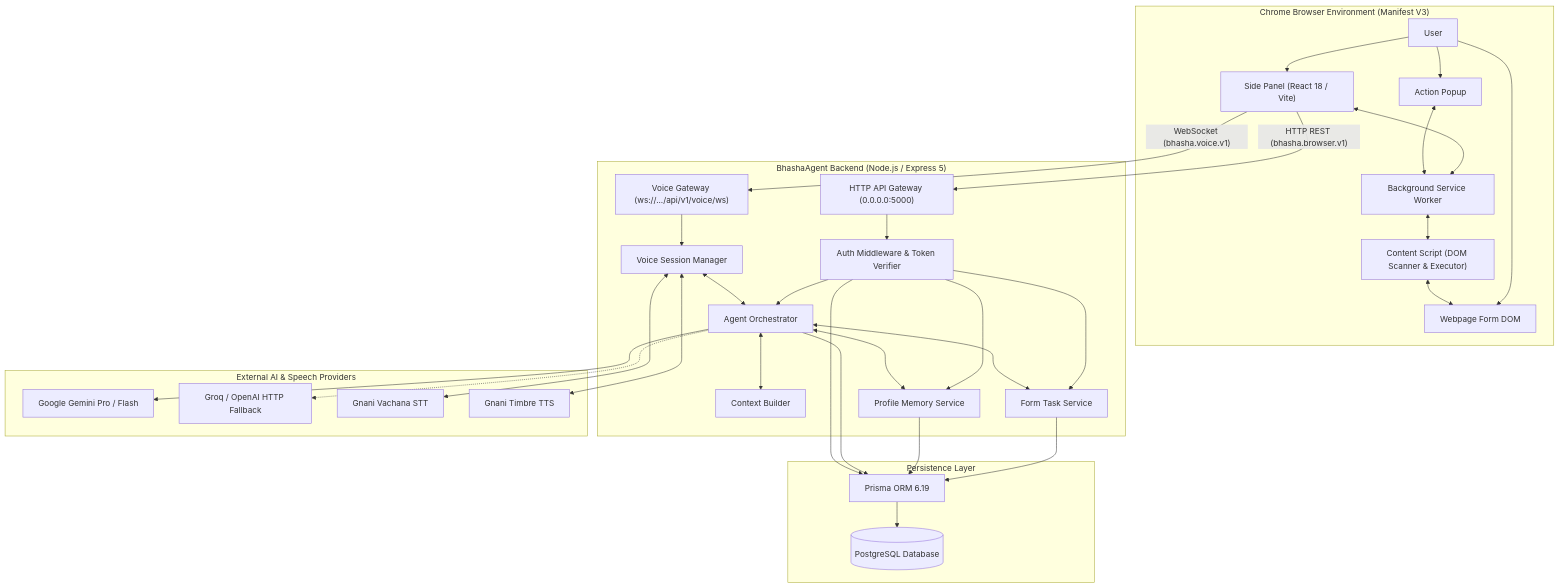
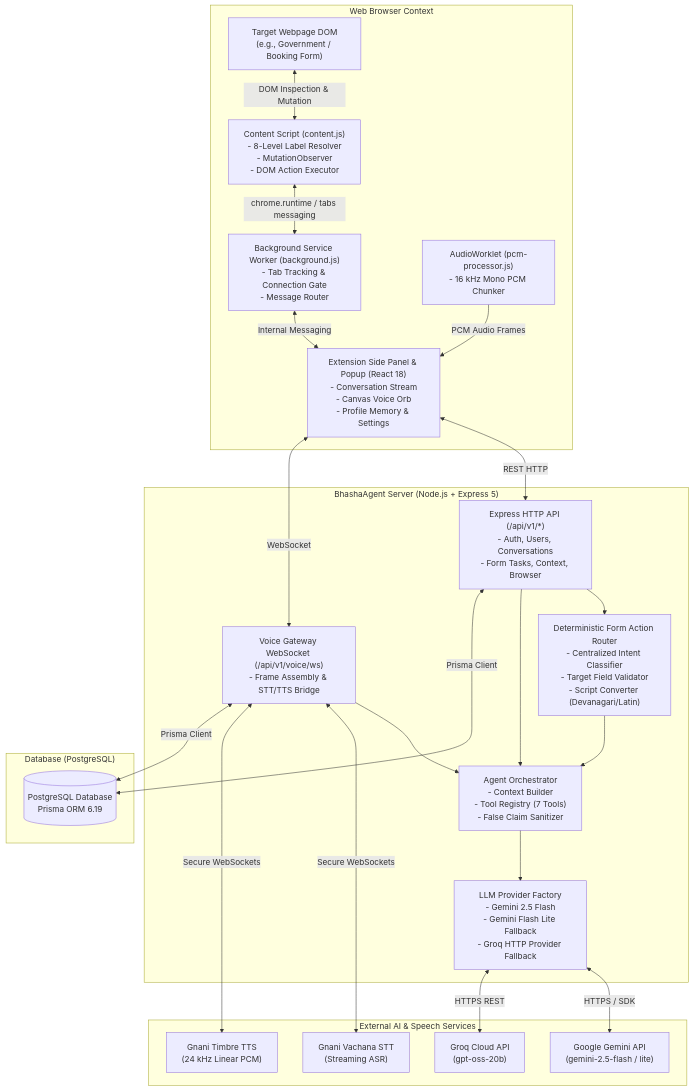
Before and after one commit to adarshhh25/BhashaAgent: the first of 2 diagrams in README.md, drawn with Mermaid. The commit also changed other lines of this file and 65 other files, not shown here.

Commit message:
feat(form-intelligence): direct execution policy, LLM fallback, multi-checkbox/radio fixes, and documentation overhaul

````diff
--- a/README.md
+++ b/README.md
@@ -121,62 +94,51 @@
 ```mermaid
-graph TD
-    subgraph Browser ["Chrome Browser Environment (Manifest V3)"]
-        User["User"] --> Sidepanel["Side Panel (React 18 / Vite)"]
-        User --> Popup["Action Popup"]
-        User --> WebpageDOM["Webpage Form DOM"]
+flowchart TD
+    subgraph Browser ["Web Browser Context"]
+        Webpage["Target Webpage DOM<br/>(e.g., Government / Booking Form)"]
+        CS["Content Script (content.js)<br/>- 8-Level Label Resolver<br/>- MutationObserver<br/>- DOM Action Executor"]
+        SW["Background Service Worker (background.js)<br/>- Tab Tracking & Connection Gate<br/>- Message Router"]
+        UI["Extension Side Panel & Popup (React 18)<br/>- Conversation Stream<br/>- Canvas Voice Orb<br/>- Profile Memory & Settings"]
+        AW["AudioWorklet (pcm-processor.js)<br/>- 16 kHz Mono PCM Chunker"]
         
-        Sidepanel <--> SW["Background Service Worker"]
-        Popup <--> SW
-        SW <--> CS["Content Script (DOM Scanner & Executor)"]
-        CS <--> WebpageDOM
+        Webpage <--> |DOM Inspection & Mutation| CS
+        CS <--> |chrome.runtime / tabs messaging| SW
+        SW <--> |Internal Messaging| UI
+        AW --> |PCM Audio Frames| UI
     end
 
-    subgraph Backend ["BhashaAgent Backend (Node.js / Express 5)"]
-        HTTP["HTTP API Gateway (0.0.0.0:5000)"]
-        WS["Voice Gateway (ws://.../api/v1/voice/ws)"]
+    subgraph Backend ["BhashaAgent Server (Node.js + Express 5)"]
+        HTTP["Express HTTP API (/api/v1/*)<br/>- Auth, Users, Conversations<br/>- Form Tasks, Context, Browser"]
+        WS["Voice Gateway WebSocket (/api/v1/voice/ws)<br/>- Frame Assembly & STT/TTS Bridge"]
         
-        AuthMW["Auth Middleware & Token Verifier"]
-        Orchestrator["Agent Orchestrator"]
-        ContextBuilder["Context Builder"]
-        FormService["Form Task Service"]
-        MemoryService["Profile Memory Service"]
-        VoiceManager["Voice Session Manager"]
+        Router["Deterministic Form Action Router<br/>- Centralized Intent Classifier<br/>- Target Field Validator<br/>- Script Converter (Devanagari/Latin)"]
+        Orchestrator["Agent Orchestrator<br/>- Context Builder<br/>- Tool Registry (7 Tools)<br/>- False Claim Sanitizer"]
+        Factory["LLM Provider Factory<br/>- Gemini 2.5 Flash<br/>- Gemini Flash Lite Fallback<br/>- Groq HTTP Provider Fallback"]
         
-        HTTP --> AuthMW
-        AuthMW --> FormService
-        AuthMW --> MemoryService
-        AuthMW --> Orchestrator
-        Orchestrator <--> ContextBuilder
-        Orchestrator <--> FormService
-        Orchestrator <--> MemoryService
-        
-        WS --> VoiceManager
-        VoiceManager <--> Orchestrator
+        HTTP --> Router
+        HTTP --> Orchestrator
+        WS --> Orchestrator
+        Router --> Orchestrator
+        Orchestrator --> Factory
     end
 
-    subgraph Providers ["External AI & Speech Providers"]
-        Gemini["Google Gemini Pro / Flash"]
-        FallbackLLM["Groq / OpenAI HTTP Fallback"]
-        GnaniSTT["Gnani Vachana STT"]
-        GnaniTTS["Gnani Timbre TTS"]
+    subgraph External ["External AI & Speech Services"]
+        GeminiAPI["Google Gemini API<br/>(gemini-2.5-flash / lite)"]
+        GroqAPI["Groq Cloud API<br/>(gpt-oss-20b)"]
+        GnaniSTT["Gnani Vachana STT<br/>(Streaming ASR)"]
+        GnaniTTS["Gnani Timbre TTS<br/>(24 kHz Linear PCM)"]
         
-        Orchestrator --> Gemini
-        Orchestrator -.-> FallbackLLM
-        VoiceManager <--> GnaniSTT
-        VoiceManager <--> GnaniTTS
+        Factory <--> |HTTPS / SDK| GeminiAPI
+        Factory <--> |HTTPS REST| GroqAPI
+        WS <--> |Secure WebSockets| GnaniSTT
+        WS <--> |Secure WebSockets| GnaniTTS
     end
 
-    subgraph Storage ["Persistence Layer"]
-        Prisma["Prisma ORM 6.19"]
-        Postgres[("PostgreSQL Database")]
-        
-        FormService --> Prisma
-        MemoryService --> Prisma
-        Orchestrator --> Prisma
-        AuthMW --> Prisma
-        Prisma --> Postgres
+    subgraph Storage ["Database (PostgreSQL)"]
+        DB[(PostgreSQL Database<br/>Prisma ORM 6.19)]
+        HTTP <--> |Prisma Client| DB
+        WS <--> |Prisma Client| DB
     end
 
-    Sidepanel -- "HTTP REST (bhasha.browser.v1)" --> HTTP
-    Sidepanel -- "WebSocket (bhasha.voice.v1)" --> WS
+    UI <--> |REST HTTP| HTTP
+    UI <--> |WebSocket| WS
 ```
````
